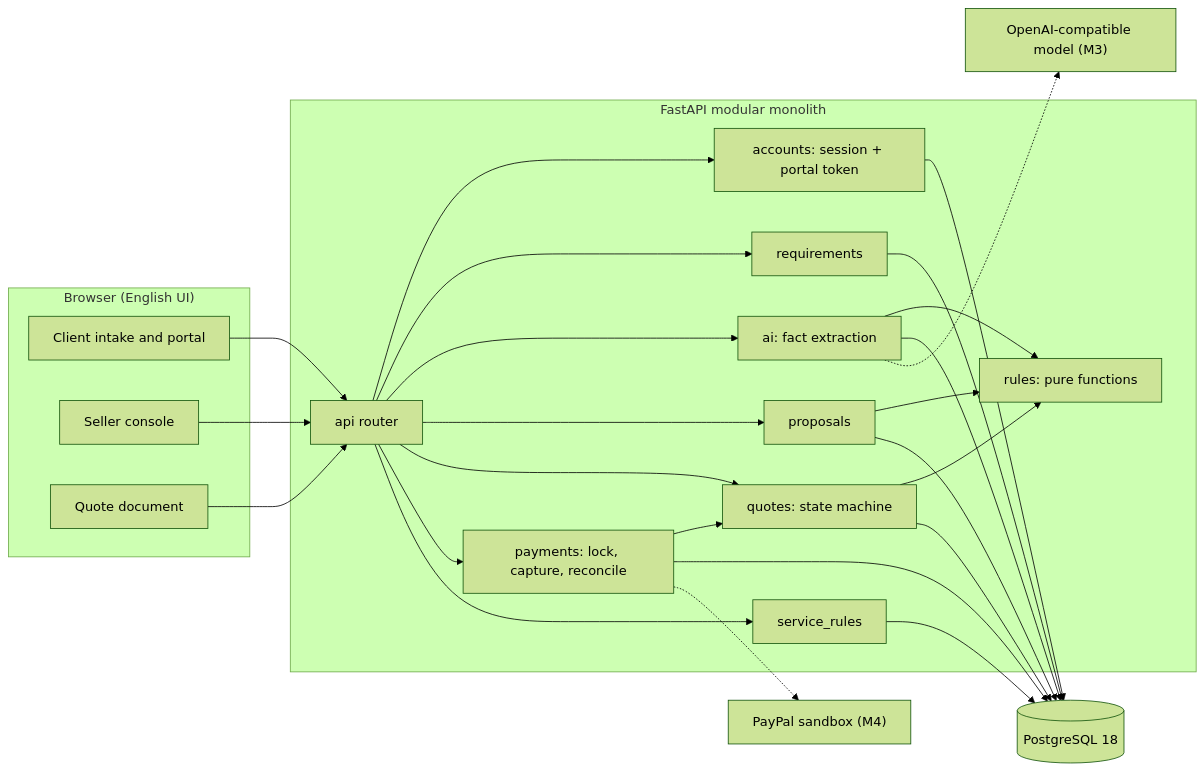
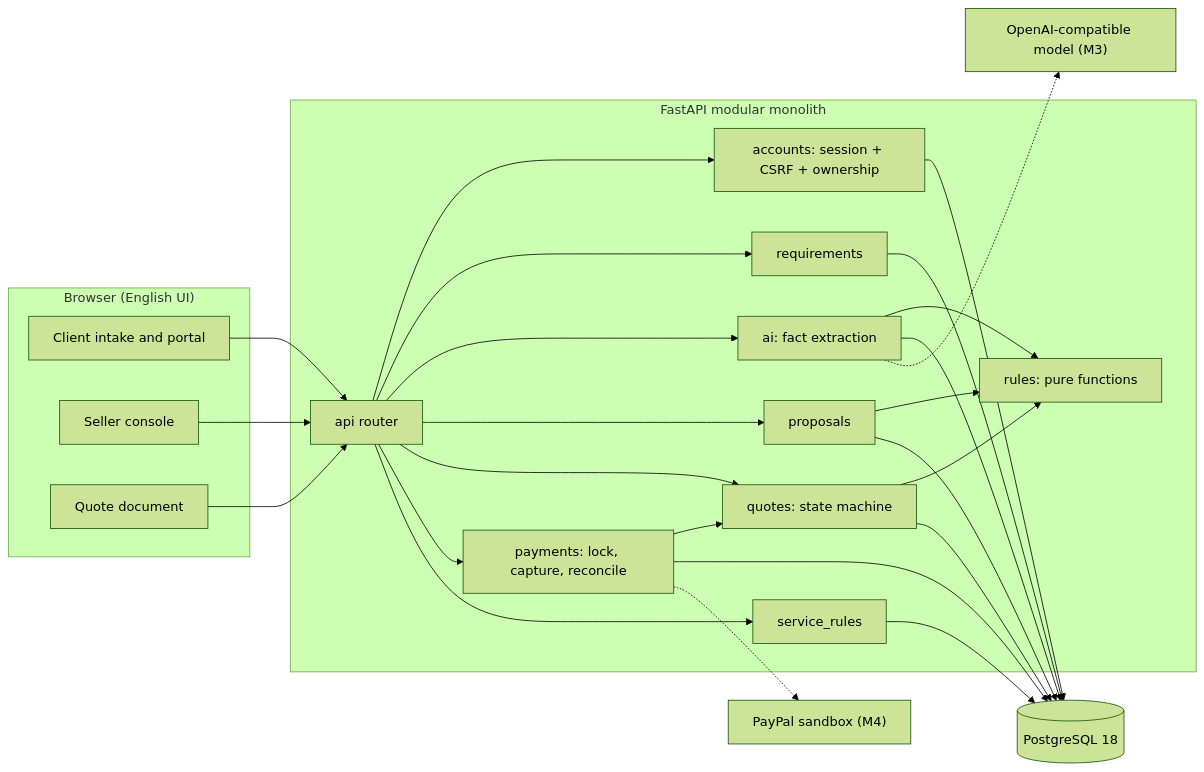
One commit to 1634594707/ScopeBridge changed the diagram in README.md. Above: the diagram before and after it, drawn with Mermaid (forest theme). The commit also changed other lines of this file and 117 other files, not shown here.

````diff
--- a/README.md
+++ b/README.md
@@ -141,46 +158,46 @@
 ```mermaid
 flowchart LR
     subgraph Browser["Browser (English UI)"]
         A["Client intake and portal"]
         B["Seller console"]
         C["Quote document"]
     end
     subgraph API["FastAPI modular monolith"]
         R["api router"]
-        AUTH["accounts: session + portal token"]
+        AUTH["accounts: session + CSRF + ownership"]
         REQ["requirements"]
         AI["ai: fact extraction"]
         PROP["proposals"]
         QUOTE["quotes: state machine"]
         PAY["payments: lock, capture, reconcile"]
         RULES["rules: pure functions"]
         SR["service_rules"]
     end
     DB[("PostgreSQL 18")]
     LLM["OpenAI-compatible model (M3)"]
     PG["PayPal sandbox (M4)"]
 
     A --> R
     B --> R
     C --> R
     R --> AUTH
     R --> REQ
     R --> AI
     R --> PROP
     R --> QUOTE
     R --> PAY
     R --> SR
     AI --> RULES
     PROP --> RULES
     QUOTE --> RULES
     PAY --> QUOTE
     AUTH --> DB
     AI --> DB
     REQ --> DB
     PROP --> DB
     QUOTE --> DB
     PAY --> DB
     SR --> DB
     AI -.-> LLM
     PAY -.-> PG
 ```
````
